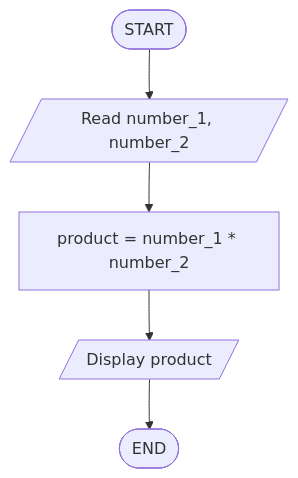
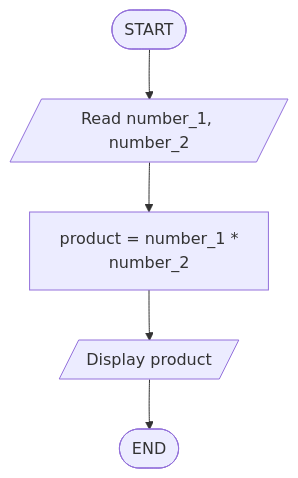
Before and after one commit to Tay25006739/WIX1002_W02_Tutorial_1: the first of 12 diagrams in README.md, drawn with Mermaid. The commit also changed other lines of this file, not shown here.

Commit message:
Realign flow chart, making words visible

````diff
--- a/README.md
+++ b/README.md
@@ -17,7 +17,7 @@
 ```mermaid
 flowchart TD
     A([START]) --> B[/Read number_1, number_2/]
-    B --> C[product = number_1 * number_2]
+    B --> C[product = number_1 * <br> number_2]
     C --> D[/Display product/]
     D --> E([END])
 ```
````
